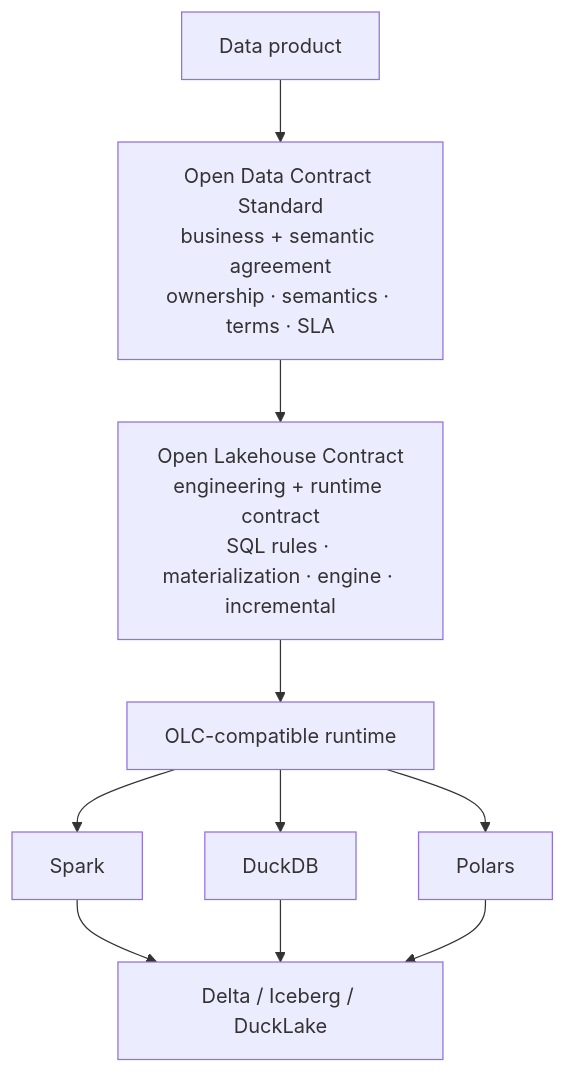
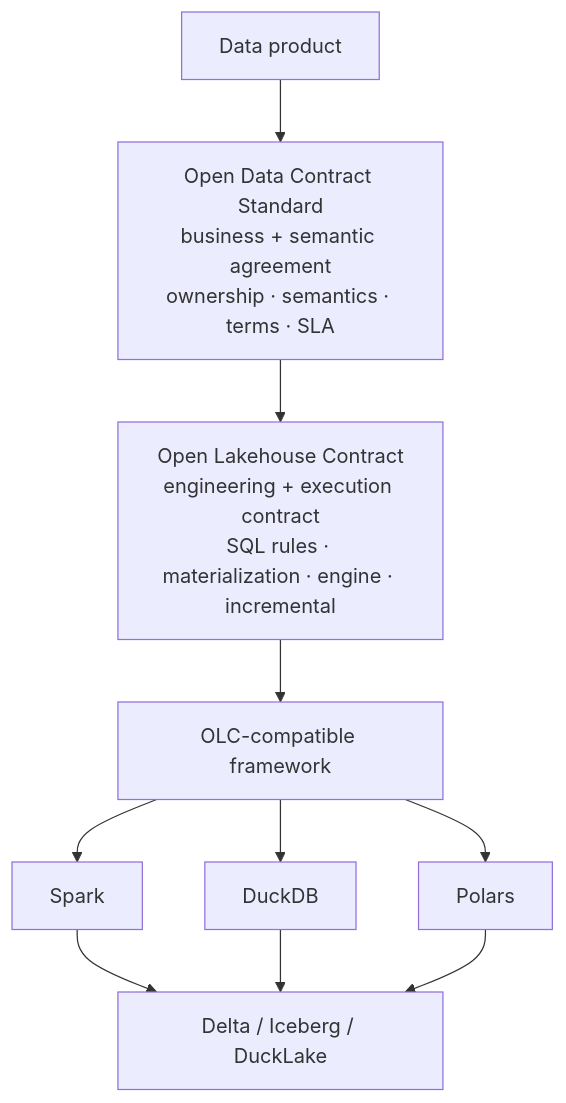
The first of 2 diagrams in docs/concepts/vs-odcs.md (LakeLogic/open-lakehouse-contract), drawn with Mermaid before and after one commit. The commit also changed other lines of this file and 32 other files, not shown here.

````diff
--- a/docs/concepts/vs-odcs.md
+++ b/docs/concepts/vs-odcs.md
@@ -12,12 +12,12 @@
 ```mermaid
 flowchart TD
     DP[Data product] --> ODCS[Open Data Contract Standard<br/>business + semantic agreement<br/>ownership · semantics · terms · SLA]
-    ODCS --> OLC[Open Lakehouse Contract<br/>engineering + runtime contract<br/>SQL rules · materialization · engine · incremental]
-    OLC --> RT[OLC-compatible runtime]
+    ODCS --> OLC[Open Lakehouse Contract<br/>engineering + execution contract<br/>SQL rules · materialization · engine · incremental]
+    OLC --> RT[OLC-compatible framework]
     RT --> E1[Spark]
     RT --> E2[DuckDB]
     RT --> E3[Polars]
     E1 --> F[Delta / Iceberg / DuckLake]
     E2 --> F
     E3 --> F
 ```
````
